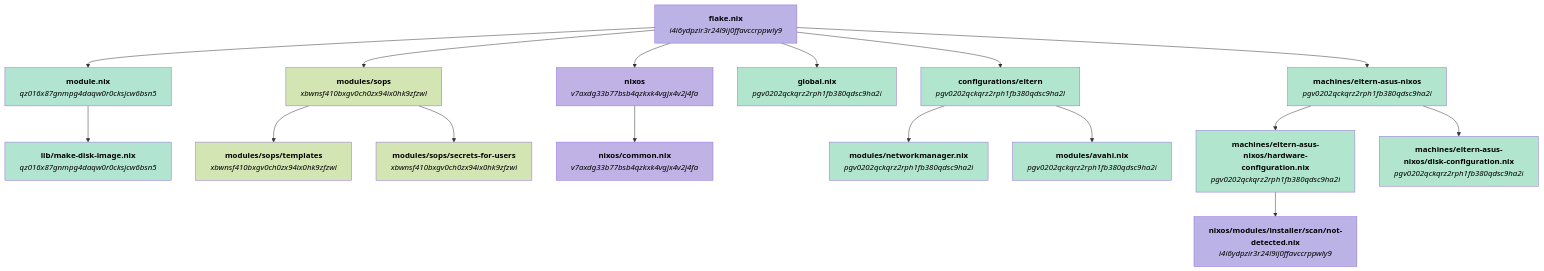
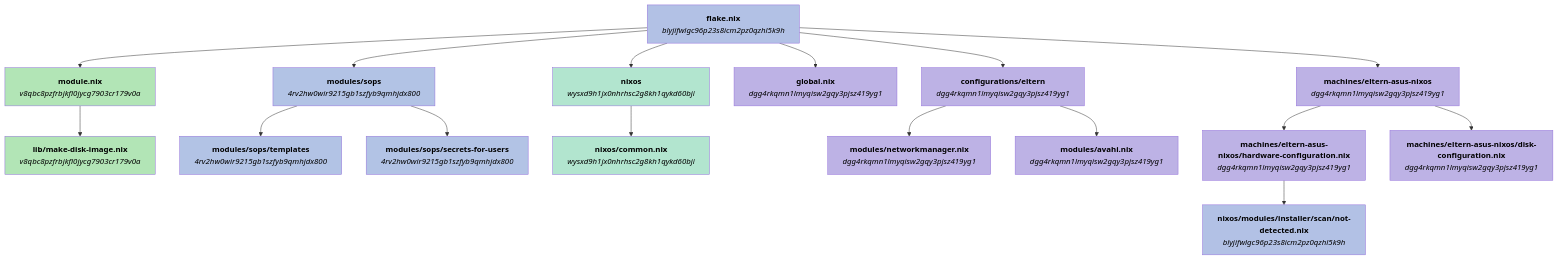
The first of 6 diagrams in GRAPHS.md (welles/nixos-config), drawn with Mermaid before and after one commit. The commit also changed other lines of this file, not shown here.

Commit message:
Update configuration graphs file

````diff
--- a/GRAPHS.md
+++ b/GRAPHS.md
@@ -5,82 +5,82 @@
 ```mermaid
 flowchart TD
-    ni4i6ydpzir3r24l9ij0ffavccrppwly9_flake_nix["`**flake.nix**
+    nblyjifwlgc96p23s8icm2pz0qzhl5k9h_flake_nix["`**flake.nix**
 
-_i4i6ydpzir3r24l9ij0ffavccrppwly9_`"]
-    nqz016x87gnmpg4daqw0r0cksjcw6bsn5_module_nix["`**module.nix**
+_blyjifwlgc96p23s8icm2pz0qzhl5k9h_`"]
+    nv8qbc8pzfrbjkfl0jycg7903cr179v0a_module_nix["`**module.nix**
 
-_qz016x87gnmpg4daqw0r0cksjcw6bsn5_`"]
-    nqz016x87gnmpg4daqw0r0cksjcw6bsn5_lib_make_disk_image_nix["`**lib/make-disk-image.nix**
+_v8qbc8pzfrbjkfl0jycg7903cr179v0a_`"]
+    nv8qbc8pzfrbjkfl0jycg7903cr179v0a_lib_make_disk_image_nix["`**lib/make-disk-image.nix**
 
-_qz016x87gnmpg4daqw0r0cksjcw6bsn5_`"]
-    nxbwnsf410bxgv0ch0zx94ix0hk9zfzwl_modules_sops["`**modules/sops**
+_v8qbc8pzfrbjkfl0jycg7903cr179v0a_`"]
+    n4rv2hw0wir9215gb1szfyb9qmhjdx800_modules_sops["`**modules/sops**
 
-_xbwnsf410bxgv0ch0zx94ix0hk9zfzwl_`"]
-    nxbwnsf410bxgv0ch0zx94ix0hk9zfzwl_modules_sops_templates["`**modules/sops/templates**
+_4rv2hw0wir9215gb1szfyb9qmhjdx800_`"]
+    n4rv2hw0wir9215gb1szfyb9qmhjdx800_modules_sops_templates["`**modules/sops/templates**
 
-_xbwnsf410bxgv0ch0zx94ix0hk9zfzwl_`"]
-    nxbwnsf410bxgv0ch0zx94ix0hk9zfzwl_modules_sops_secrets_for_users["`**modules/sops/secrets-for-users**
+_4rv2hw0wir9215gb1szfyb9qmhjdx800_`"]
+    n4rv2hw0wir9215gb1szfyb9qmhjdx800_modules_sops_secrets_for_users["`**modules/sops/secrets-for-users**
 
-_xbwnsf410bxgv0ch0zx94ix0hk9zfzwl_`"]
-    nv7axdg33b77bsb4qzkxk4vgjx4v2j4fa_nixos["`**nixos**
+_4rv2hw0wir9215gb1szfyb9qmhjdx800_`"]
+    nwysxd9h1jx0nhrhsc2g8kh1qykd60bjl_nixos["`**nixos**
 
-_v7axdg33b77bsb4qzkxk4vgjx4v2j4fa_`"]
-    nv7axdg33b77bsb4qzkxk4vgjx4v2j4fa_nixos_common_nix["`**nixos/common.nix**
+_wysxd9h1jx0nhrhsc2g8kh1qykd60bjl_`"]
+    nwysxd9h1jx0nhrhsc2g8kh1qykd60bjl_nixos_common_nix["`**nixos/common.nix**
 
-_v7axdg33b77bsb4qzkxk4vgjx4v2j4fa_`"]
-    npgv0202qckqrz2rph1fb380qdsc9ha2l_global_nix["`**global.nix**
+_wysxd9h1jx0nhrhsc2g8kh1qykd60bjl_`"]
+    ndgg4rkqmn1lmyqisw2gqy3pjsz419yg1_global_nix["`**global.nix**
 
-_pgv0202qckqrz2rph1fb380qdsc9ha2l_`"]
-    npgv0202qckqrz2rph1fb380qdsc9ha2l_configurations_eltern["`**configurations/eltern**
+_dgg4rkqmn1lmyqisw2gqy3pjsz419yg1_`"]
+    ndgg4rkqmn1lmyqisw2gqy3pjsz419yg1_configurations_eltern["`**configurations/eltern**
 
-_pgv0202qckqrz2rph1fb380qdsc9ha2l_`"]
-    npgv0202qckqrz2rph1fb380qdsc9ha2l_modules_networkmanager_nix["`**modules/networkmanager.nix**
+_dgg4rkqmn1lmyqisw2gqy3pjsz419yg1_`"]
+    ndgg4rkqmn1lmyqisw2gqy3pjsz419yg1_modules_networkmanager_nix["`**modules/networkmanager.nix**
 
-_pgv0202qckqrz2rph1fb380qdsc9ha2l_`"]
-    npgv0202qckqrz2rph1fb380qdsc9ha2l_modules_avahi_nix["`**modules/avahi.nix**
+_dgg4rkqmn1lmyqisw2gqy3pjsz419yg1_`"]
+    ndgg4rkqmn1lmyqisw2gqy3pjsz419yg1_modules_avahi_nix["`**modules/avahi.nix**
 
-_pgv0202qckqrz2rph1fb380qdsc9ha2l_`"]
-    npgv0202qckqrz2rph1fb380qdsc9ha2l_machines_eltern_asus_nixos["`**machines/eltern-asus-nixos**
+_dgg4rkqmn1lmyqisw2gqy3pjsz419yg1_`"]
+    ndgg4rkqmn1lmyqisw2gqy3pjsz419yg1_machines_eltern_asus_nixos["`**machines/eltern-asus-nixos**
 
-_pgv0202qckqrz2rph1fb380qdsc9ha2l_`"]
-    npgv0202qckqrz2rph1fb380qdsc9ha2l_machines_eltern_asus_nixos_hardware_configuration_nix["`**machines/eltern-asus-nixos/hardware-configuration.nix**
+_dgg4rkqmn1lmyqisw2gqy3pjsz419yg1_`"]
+    ndgg4rkqmn1lmyqisw2gqy3pjsz419yg1_machines_eltern_asus_nixos_hardware_configuration_nix["`**machines/eltern-asus-nixos/hardware-configuration.nix**
 
-_pgv0202qckqrz2rph1fb380qdsc9ha2l_`"]
-    ni4i6ydpzir3r24l9ij0ffavccrppwly9_nixos_modules_installer_scan_not_detected_nix["`**nixos/modules/installer/scan/not-detected.nix**
+_dgg4rkqmn1lmyqisw2gqy3pjsz419yg1_`"]
+    nblyjifwlgc96p23s8icm2pz0qzhl5k9h_nixos_modules_installer_scan_not_detected_nix["`**nixos/modules/installer/scan/not-detected.nix**
 
-_i4i6ydpzir3r24l9ij0ffavccrppwly9_`"]
-    npgv0202qckqrz2rph1fb380qdsc9ha2l_machines_eltern_asus_nixos_disk_configuration_nix["`**machines/eltern-asus-nixos/disk-configuration.nix**
+_blyjifwlgc96p23s8icm2pz0qzhl5k9h_`"]
+    ndgg4rkqmn1lmyqisw2gqy3pjsz419yg1_machines_eltern_asus_nixos_disk_configuration_nix["`**machines/eltern-asus-nixos/disk-configuration.nix**
 
-_pgv0202qckqrz2rph1fb380qdsc9ha2l_`"]
-    ni4i6ydpzir3r24l9ij0ffavccrppwly9_flake_nix --> nqz016x87gnmpg4daqw0r0cksjcw6bsn5_module_nix
-    ni4i6ydpzir3r24l9ij0ffavccrppwly9_flake_nix --> nxbwnsf410bxgv0ch0zx94ix0hk9zfzwl_modules_sops
-    ni4i6ydpzir3r24l9ij0ffavccrppwly9_flake_nix --> nv7axdg33b77bsb4qzkxk4vgjx4v2j4fa_nixos
-    ni4i6ydpzir3r24l9ij0ffavccrppwly9_flake_nix --> npgv0202qckqrz2rph1fb380qdsc9ha2l_global_nix
-    ni4i6ydpzir3r24l9ij0ffavccrppwly9_flake_nix --> npgv0202qckqrz2rph1fb380qdsc9ha2l_configurations_eltern
-    ni4i6ydpzir3r24l9ij0ffavccrppwly9_flake_nix --> npgv0202qckqrz2rph1fb380qdsc9ha2l_machines_eltern_asus_nixos
-    nqz016x87gnmpg4daqw0r0cksjcw6bsn5_module_nix --> nqz016x87gnmpg4daqw0r0cksjcw6bsn5_lib_make_disk_image_nix
-    nxbwnsf410bxgv0ch0zx94ix0hk9zfzwl_modules_sops --> nxbwnsf410bxgv0ch0zx94ix0hk9zfzwl_modules_sops_templates
-    nxbwnsf410bxgv0ch0zx94ix0hk9zfzwl_modules_sops --> nxbwnsf410bxgv0ch0zx94ix0hk9zfzwl_modules_sops_secrets_for_users
-    nv7axdg33b77bsb4qzkxk4vgjx4v2j4fa_nixos --> nv7axdg33b77bsb4qzkxk4vgjx4v2j4fa_nixos_common_nix
-    npgv0202qckqrz2rph1fb380qdsc9ha2l_configurations_eltern --> npgv0202qckqrz2rph1fb380qdsc9ha2l_modules_networkmanager_nix
-    npgv0202qckqrz2rph1fb380qdsc9ha2l_configurations_eltern --> npgv0202qckqrz2rph1fb380qdsc9ha2l_modules_avahi_nix
-    npgv0202qckqrz2rph1fb380qdsc9ha2l_machines_eltern_asus_nixos --> npgv0202qckqrz2rph1fb380qdsc9ha2l_machines_eltern_asus_nixos_hardware_configuration_nix
-    npgv0202qckqrz2rph1fb380qdsc9ha2l_machines_eltern_asus_nixos --> npgv0202qckqrz2rph1fb380qdsc9ha2l_machines_eltern_asus_nixos_disk_configuration_nix
-    npgv0202qckqrz2rph1fb380qdsc9ha2l_machines_eltern_asus_nixos_hardware_configuration_nix --> ni4i6ydpzir3r24l9ij0ffavccrppwly9_nixos_modules_installer_scan_not_detected_nix
-    style ni4i6ydpzir3r24l9ij0ffavccrppwly9_flake_nix fill:#bbb2e5,color:#000000
-    style nqz016x87gnmpg4daqw0r0cksjcw6bsn5_module_nix fill:#b2e5d1,color:#000000
-    style nqz016x87gnmpg4daqw0r0cksjcw6bsn5_lib_make_disk_image_nix fill:#b2e5d1,color:#000000
-    style nxbwnsf410bxgv0ch0zx94ix0hk9zfzwl_modules_sops fill:#d2e5b2,color:#000000
-    style nxbwnsf410bxgv0ch0zx94ix0hk9zfzwl_modules_sops_templates fill:#d2e5b2,color:#000000
-    style nxbwnsf410bxgv0ch0zx94ix0hk9zfzwl_modules_sops_secrets_for_users fill:#d2e5b2,color:#000000
-    style nv7axdg33b77bsb4qzkxk4vgjx4v2j4fa_nixos fill:#c0b2e5,color:#000000
-    style nv7axdg33b77bsb4qzkxk4vgjx4v2j4fa_nixos_common_nix fill:#c0b2e5,color:#000000
-    style npgv0202qckqrz2rph1fb380qdsc9ha2l_global_nix fill:#b2e5cd,color:#000000
-    style npgv0202qckqrz2rph1fb380qdsc9ha2l_configurations_eltern fill:#b2e5cd,color:#000000
-    style npgv0202qckqrz2rph1fb380qdsc9ha2l_modules_networkmanager_nix fill:#b2e5cd,color:#000000
-    style npgv0202qckqrz2rph1fb380qdsc9ha2l_modules_avahi_nix fill:#b2e5cd,color:#000000
-    style npgv0202qckqrz2rph1fb380qdsc9ha2l_machines_eltern_asus_nixos fill:#b2e5cd,color:#000000
-    style npgv0202qckqrz2rph1fb380qdsc9ha2l_machines_eltern_asus_nixos_hardware_configuration_nix fill:#b2e5cd,color:#000000
-    style ni4i6ydpzir3r24l9ij0ffavccrppwly9_nixos_modules_installer_scan_not_detected_nix fill:#bbb2e5,color:#000000
-    style npgv0202qckqrz2rph1fb380qdsc9ha2l_machines_eltern_asus_nixos_disk_configuration_nix fill:#b2e5cd,color:#000000
+_dgg4rkqmn1lmyqisw2gqy3pjsz419yg1_`"]
+    nblyjifwlgc96p23s8icm2pz0qzhl5k9h_flake_nix --> nv8qbc8pzfrbjkfl0jycg7903cr179v0a_module_nix
+    nblyjifwlgc96p23s8icm2pz0qzhl5k9h_flake_nix --> n4rv2hw0wir9215gb1szfyb9qmhjdx800_modules_sops
+    nblyjifwlgc96p23s8icm2pz0qzhl5k9h_flake_nix --> nwysxd9h1jx0nhrhsc2g8kh1qykd60bjl_nixos
+    nblyjifwlgc96p23s8icm2pz0qzhl5k9h_flake_nix --> ndgg4rkqmn1lmyqisw2gqy3pjsz419yg1_global_nix
+    nblyjifwlgc96p23s8icm2pz0qzhl5k9h_flake_nix --> ndgg4rkqmn1lmyqisw2gqy3pjsz419yg1_configurations_eltern
+    nblyjifwlgc96p23s8icm2pz0qzhl5k9h_flake_nix --> ndgg4rkqmn1lmyqisw2gqy3pjsz419yg1_machines_eltern_asus_nixos
+    nv8qbc8pzfrbjkfl0jycg7903cr179v0a_module_nix --> nv8qbc8pzfrbjkfl0jycg7903cr179v0a_lib_make_disk_image_nix
+    n4rv2hw0wir9215gb1szfyb9qmhjdx800_modules_sops --> n4rv2hw0wir9215gb1szfyb9qmhjdx800_modules_sops_templates
+    n4rv2hw0wir9215gb1szfyb9qmhjdx800_modules_sops --> n4rv2hw0wir9215gb1szfyb9qmhjdx800_modules_sops_secrets_for_users
+    nwysxd9h1jx0nhrhsc2g8kh1qykd60bjl_nixos --> nwysxd9h1jx0nhrhsc2g8kh1qykd60bjl_nixos_common_nix
+    ndgg4rkqmn1lmyqisw2gqy3pjsz419yg1_configurations_eltern --> ndgg4rkqmn1lmyqisw2gqy3pjsz419yg1_modules_networkmanager_nix
+    ndgg4rkqmn1lmyqisw2gqy3pjsz419yg1_configurations_eltern --> ndgg4rkqmn1lmyqisw2gqy3pjsz419yg1_modules_avahi_nix
+    ndgg4rkqmn1lmyqisw2gqy3pjsz419yg1_machines_eltern_asus_nixos --> ndgg4rkqmn1lmyqisw2gqy3pjsz419yg1_machines_eltern_asus_nixos_hardware_configuration_nix
+    ndgg4rkqmn1lmyqisw2gqy3pjsz419yg1_machines_eltern_asus_nixos --> ndgg4rkqmn1lmyqisw2gqy3pjsz419yg1_machines_eltern_asus_nixos_disk_configuration_nix
+    ndgg4rkqmn1lmyqisw2gqy3pjsz419yg1_machines_eltern_asus_nixos_hardware_configuration_nix --> nblyjifwlgc96p23s8icm2pz0qzhl5k9h_nixos_modules_installer_scan_not_detected_nix
+    style nblyjifwlgc96p23s8icm2pz0qzhl5k9h_flake_nix fill:#b2c1e5,color:#000000
+    style nv8qbc8pzfrbjkfl0jycg7903cr179v0a_module_nix fill:#b2e5b6,color:#000000
+    style nv8qbc8pzfrbjkfl0jycg7903cr179v0a_lib_make_disk_image_nix fill:#b2e5b6,color:#000000
+    style n4rv2hw0wir9215gb1szfyb9qmhjdx800_modules_sops fill:#b2c3e5,color:#000000
+    style n4rv2hw0wir9215gb1szfyb9qmhjdx800_modules_sops_templates fill:#b2c3e5,color:#000000
+    style n4rv2hw0wir9215gb1szfyb9qmhjdx800_modules_sops_secrets_for_users fill:#b2c3e5,color:#000000
+    style nwysxd9h1jx0nhrhsc2g8kh1qykd60bjl_nixos fill:#b2e5cf,color:#000000
+    style nwysxd9h1jx0nhrhsc2g8kh1qykd60bjl_nixos_common_nix fill:#b2e5cf,color:#000000
+    style ndgg4rkqmn1lmyqisw2gqy3pjsz419yg1_global_nix fill:#bdb2e5,color:#000000
+    style ndgg4rkqmn1lmyqisw2gqy3pjsz419yg1_configurations_eltern fill:#bdb2e5,color:#000000
+    style ndgg4rkqmn1lmyqisw2gqy3pjsz419yg1_modules_networkmanager_nix fill:#bdb2e5,color:#000000
+    style ndgg4rkqmn1lmyqisw2gqy3pjsz419yg1_modules_avahi_nix fill:#bdb2e5,color:#000000
+    style ndgg4rkqmn1lmyqisw2gqy3pjsz419yg1_machines_eltern_asus_nixos fill:#bdb2e5,color:#000000
+    style ndgg4rkqmn1lmyqisw2gqy3pjsz419yg1_machines_eltern_asus_nixos_hardware_configuration_nix fill:#bdb2e5,color:#000000
+    style nblyjifwlgc96p23s8icm2pz0qzhl5k9h_nixos_modules_installer_scan_not_detected_nix fill:#b2c1e5,color:#000000
+    style ndgg4rkqmn1lmyqisw2gqy3pjsz419yg1_machines_eltern_asus_nixos_disk_configuration_nix fill:#bdb2e5,color:#000000
 ```
````
